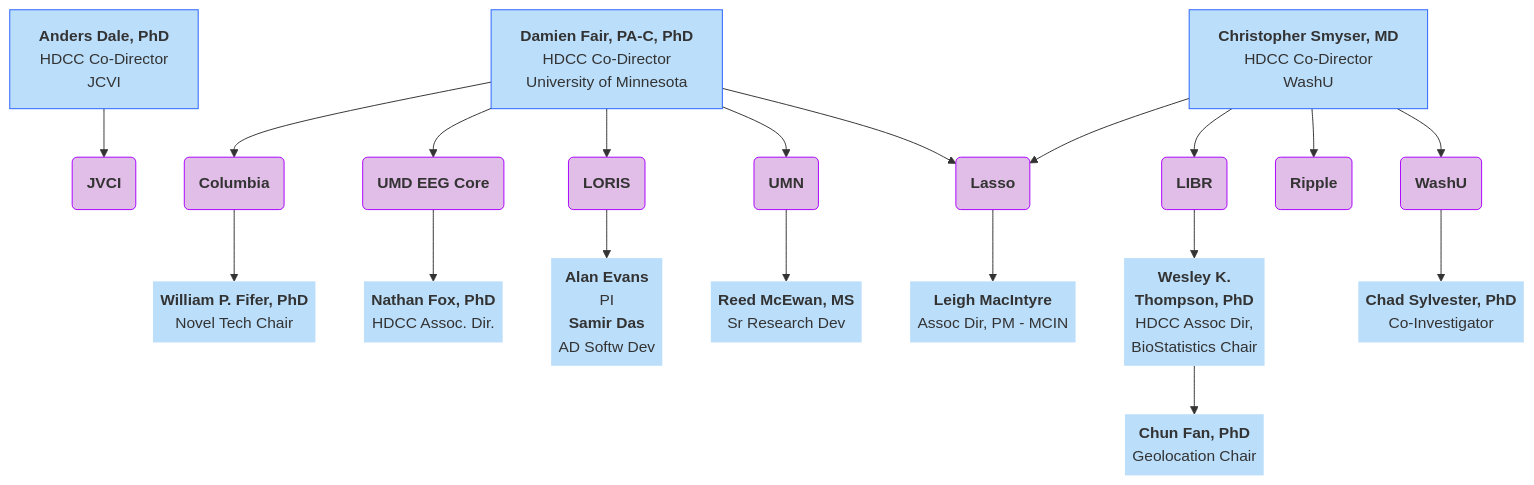
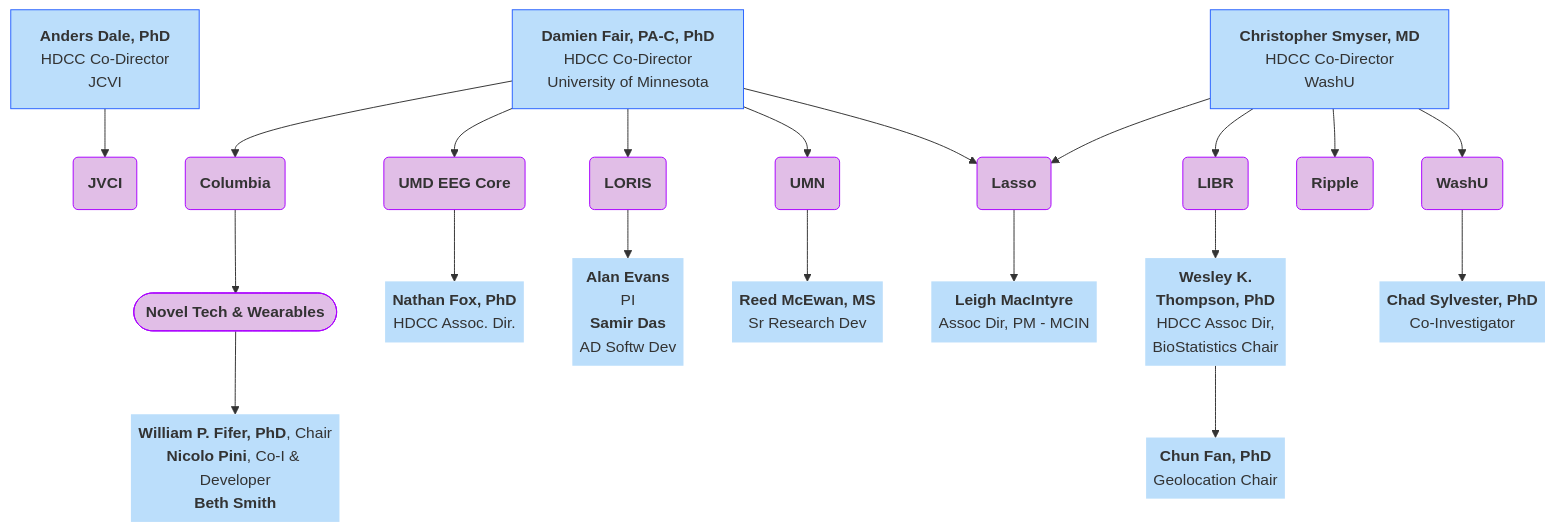
One commit to DCAN-Labs/hbcd-docs-internal changed the first of 10 diagrams in docs/orgcharts.md. Above: the diagram before and after it, drawn with Mermaid. The commit also changed other lines of this file, not shown here.

Commit message:
add novel tech & werables to Overview and remove Columbia subsection

````diff
--- a/docs/orgcharts.md
+++ b/docs/orgcharts.md
@@ -12,62 +12,66 @@
 ```mermaid
+---
+config:
+  layout: dagre
+---
 flowchart TB
     n2["<b>Anders Dale, PhD<br></b>HDCC Co-Director<br>JCVI"] --> jvci["<b>JVCI</b>"]
     E["<b>Damien Fair, PA-C, PhD</b><br>HDCC Co-Director<br>University of Minnesota"] --> lasso["<b>Lasso</b>"] & umn["<b>UMN</b>"] & n7["<b>LORIS</b>"] & n8["<b>UMD EEG Core</b>"] & n11["<b>Columbia</b>"]
     lasso --> lasso1["<b>Leigh MacIntyre</b><br>Assoc Dir, PM - MCIN"]
     n1["<b>Christopher Smyser, MD<br></b>HDCC Co-Director<br>WashU"] --> n10["<b>WashU</b><br>"] & ripple["<b>Ripple</b>"] & n12["<b>LIBR</b>"] & lasso
     n16@{ label: "<span style=\"--tw-scale-x:\"><b>Wesley K.<br>Thompson, PhD<br></b>HDCC Assoc Dir,<br>BioStatistics Chair</span><br>" } --> n17@{ label: "<span style=\"color:\"><b>Chun Fan, PhD<br></b></span><span style=\"--tw-scale-x:\">Geolocation Chair</span><br style=\"--tw-scale-x:\">" }
     n12 --> n16
-    n11 --> n18@{ label: "<b>William P. Fifer, PhD<br></b><span style=\"--tw-scale-x:\">Novel Tech Chair</span>" }
     n8 --> n19["<b>Nathan Fox, PhD<br></b>HDCC Assoc. Dir."]
     n7 --> n20@{ label: "<b><span style=\"color:\">Alan Evans</span><br style=\"--tw-scale-x:\"></b><span style=\"--tw-scale-x:\">PI</span><br style=\"--tw-scale-x:\"><b><span style=\"color:\">Samir Das</span><br style=\"--tw-scale-x:\"></b><span style=\"--tw-scale-x:\">AD Softw Dev</span>" }
     umn --> reed["<b>Reed McEwan, MS</b><br>Sr Research Dev"]
     n10 --> n22@{ label: "<b><span style=\"color:\">Chad Sylvester, PhD</span><br style=\"--tw-scale-x:\"></b><span style=\"--tw-scale-x:\">Co-Investigator</span>" }
-
+    n11 --> n23(["<b>Novel Tech &amp; Wearables</b>"])
+    n23 --> n18["<b>William P. Fifer, PhD</b>, Chair<br><b>Nicolo Pini</b>, Co-I &amp; Developer<br><b>Beth Smith</b>"]
     n2@{ shape: rect}
     jvci@{ shape: rounded}
     E@{ shape: rect}
     lasso@{ shape: rounded}
     umn@{ shape: rounded}
     n7@{ shape: rounded}
     n8@{ shape: rounded}
     n11@{ shape: rounded}
     lasso1@{ shape: text}
     n1@{ shape: rect}
     n10@{ shape: rounded}
     ripple@{ shape: rounded}
     n12@{ shape: rounded}
     n16@{ shape: text}
     n17@{ shape: text}
-    n18@{ shape: text}
     n19@{ shape: text}
     n20@{ shape: text}
     reed@{ shape: text}
     n22@{ shape: text}
+    n18@{ shape: text}
     style n2 fill:#BBDEFB,stroke:#2962FF
     style jvci fill:#E1BEE7,stroke:#AA00FF
     style E fill:#BBDEFB,stroke:#2962FF
     style lasso fill:#E1BEE7,stroke:#AA00FF
     style umn fill:#E1BEE7,stroke:#AA00FF
     style n7 fill:#E1BEE7,stroke:#AA00FF
     style n8 fill:#E1BEE7,stroke:#AA00FF
     style n11 fill:#E1BEE7,stroke:#AA00FF
     style lasso1 fill:#BBDEFB
     style n1 fill:#BBDEFB,stroke:#2962FF
     style n10 fill:#E1BEE7,stroke:#AA00FF
     style ripple fill:#E1BEE7,stroke:#AA00FF
     style n12 fill:#E1BEE7,stroke:#AA00FF
     style n16 fill:#BBDEFB
     style n17 fill:#BBDEFB
-    style n18 fill:#BBDEFB
     style n19 fill:#BBDEFB
     style n20 fill:#BBDEFB
     style reed fill:#BBDEFB
     style n22 fill:#BBDEFB
+    style n23 fill:#E1BEE7,stroke:#AA00FF
+    style n18 fill:#BBDEFB
     click jvci "#j-craig-venter-institute"
     click lasso "#lasso"
     click umn "#university-of-minnesota"
     click n7 "#loris"
     click n8 "#umd-eeg-core"
-    click n11 "#columbia"
     click n10 "#washu"
 ```
````
